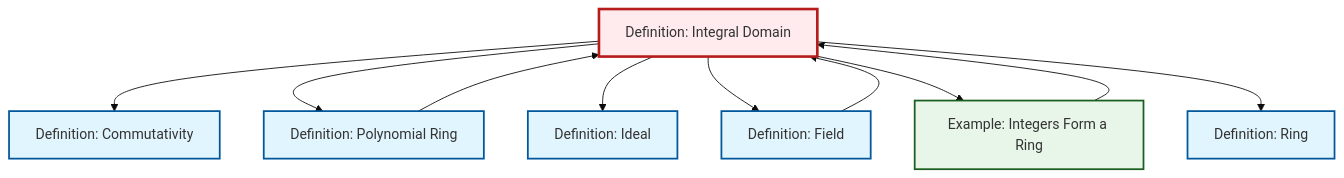
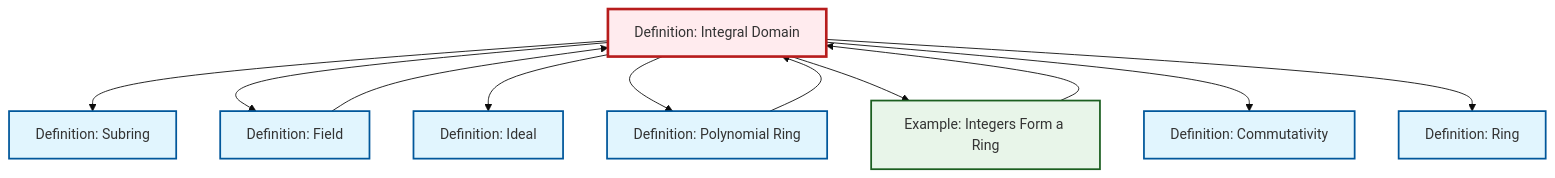
The diagram in content/ja/algebra/def-integral-domain.qmd (RK0429/ModernMath), drawn with Mermaid (base theme) before and after one commit. The commit also changed 619 other files, not shown here.

````diff
--- a/content/ja/algebra/def-integral-domain.qmd
+++ b/content/ja/algebra/def-integral-domain.qmd
@@ -94,32 +94,35 @@
 ```{mermaid}
 %%| fig-cap: "Local dependency graph"
 graph TD
     classDef definition fill:#e1f5fe,stroke:#01579b,stroke-width:2px
     classDef theorem fill:#f3e5f5,stroke:#4a148c,stroke-width:2px
     classDef axiom fill:#fff3e0,stroke:#e65100,stroke-width:2px
     classDef example fill:#e8f5e9,stroke:#1b5e20,stroke-width:2px
     classDef current fill:#ffebee,stroke:#b71c1c,stroke-width:3px
     def-integral-domain["Definition: Integral Domain"]:::definition
+    def-commutativity["Definition: Commutativity"]:::definition
+    def-ideal["Definition: Ideal"]:::definition
+    ex-integers-ring["Example: Integers Form a Ring"]:::example
+    def-subring["Definition: Subring"]:::definition
     def-polynomial-ring["Definition: Polynomial Ring"]:::definition
-    def-ideal["Definition: Ideal"]:::definition
     def-field["Definition: Field"]:::definition
-    def-commutativity["Definition: Commutativity"]:::definition
     def-ring["Definition: Ring"]:::definition
-    ex-integers-ring["Example: Integers Form a Ring"]:::example
+    def-integral-domain --> def-subring
+    def-integral-domain --> def-field
+    def-integral-domain --> def-ideal
+    def-field --> def-integral-domain
+    def-polynomial-ring --> def-integral-domain
+    def-integral-domain --> def-polynomial-ring
+    ex-integers-ring --> def-integral-domain
+    def-integral-domain --> ex-integers-ring
     def-integral-domain --> def-commutativity
-    def-integral-domain --> def-polynomial-ring
-    def-field --> def-integral-domain
-    def-integral-domain --> def-ideal
-    def-integral-domain --> def-field
-    def-integral-domain --> ex-integers-ring
-    ex-integers-ring --> def-integral-domain
     def-integral-domain --> def-ring
-    def-polynomial-ring --> def-integral-domain
     class def-integral-domain current
+    click def-commutativity "def-commutativity.html" "Definition: Commutativityへ"
+    click def-ideal "def-ideal.html" "Definition: Idealへ"
+    click ex-integers-ring "ex-integers-ring.html" "Example: Integers Form a Ringへ"
+    click def-subring "def-subring.html" "Definition: Subringへ"
     click def-polynomial-ring "def-polynomial-ring.html" "Definition: Polynomial Ringへ"
-    click def-ideal "def-ideal.html" "Definition: Idealへ"
     click def-field "def-field.html" "Definition: Fieldへ"
-    click def-commutativity "def-commutativity.html" "Definition: Commutativityへ"
     click def-ring "def-ring.html" "Definition: Ringへ"
-    click ex-integers-ring "ex-integers-ring.html" "Example: Integers Form a Ringへ"
 ```
````
